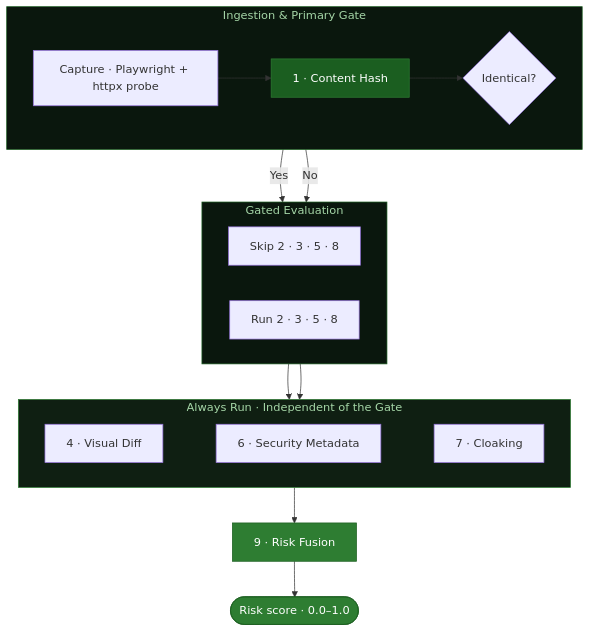
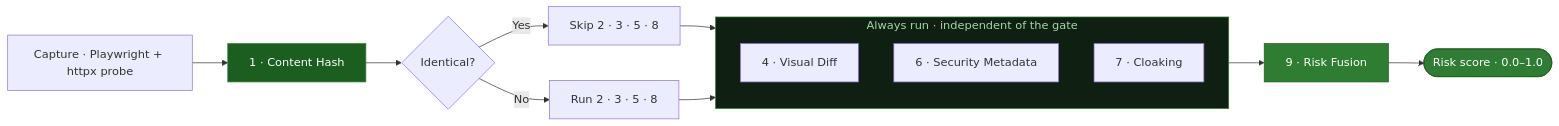
One commit to Ns81000/WARDRESS changed the first of 2 diagrams in docs/detection-layers.mdx. Above: the diagram before and after it, drawn with Mermaid. The commit also changed 2 other files, not shown here.

Commit message:
docs: add project introduction, detection pipeline overview, and custom Mermaid styling

````diff
--- a/docs/detection-layers.mdx
+++ b/docs/detection-layers.mdx
@@ -15,33 +15,24 @@
 ```mermaid
-flowchart TB
-    subgraph INTAKE [Ingestion & Primary Gate]
-      direction LR
-      F[Capture · Playwright + httpx probe] --> L1[1 · Content Hash]
-      L1 --> G{Identical?}
-    end
-
-    subgraph BRANCH [Gated Evaluation]
-      direction LR
-      G -->|Yes| GATE[Skip 2 · 3 · 5 · 8]
-      G -->|No| CONTENT[Run 2 · 3 · 5 · 8]
-    end
-
-    subgraph ALWAYS [Always Run · Independent of the Gate]
-      direction LR
-      L4[4 · Visual Diff] ~~~ L6[6 · Security Metadata] ~~~ L7[7 · Cloaking]
-    end
-
+flowchart LR
+    F[Capture · Playwright + httpx probe] --> L1[1 · Content Hash]
+    L1 --> G{Identical?}
+    G -->|Yes| GATE[Skip 2 · 3 · 5 · 8]
+    G -->|No| CONTENT[Run 2 · 3 · 5 · 8]
     GATE --> ALWAYS
     CONTENT --> ALWAYS
+    subgraph ALWAYS [Always run · independent of the gate]
+      direction TB
+      L4[4 · Visual Diff]
+      L6[6 · Security Metadata]
+      L7[7 · Cloaking]
+    end
     ALWAYS --> L9[9 · Risk Fusion]
     L9 --> RISK([Risk score · 0.0–1.0])
 
     classDef hash fill:#1b5e20,stroke:#2e7d32,color:#fff;
     classDef fusion fill:#2e7d32,stroke:#1b5e20,color:#fff;
     class L1 hash;
     class L9 fusion;
     class RISK fusion;
-    style INTAKE fill:#0a170d,stroke:#1b5e20,color:#a5d6a7;
-    style BRANCH fill:#0a170d,stroke:#1b5e20,color:#a5d6a7;
     style ALWAYS fill:#0f1f12,stroke:#2e7d32,color:#a5d6a7;
 ```
````
